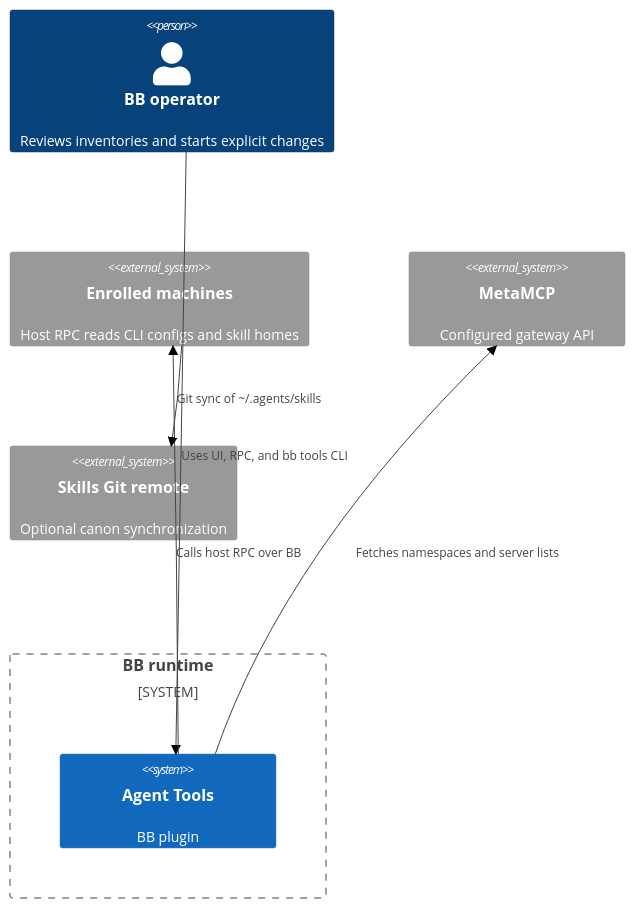
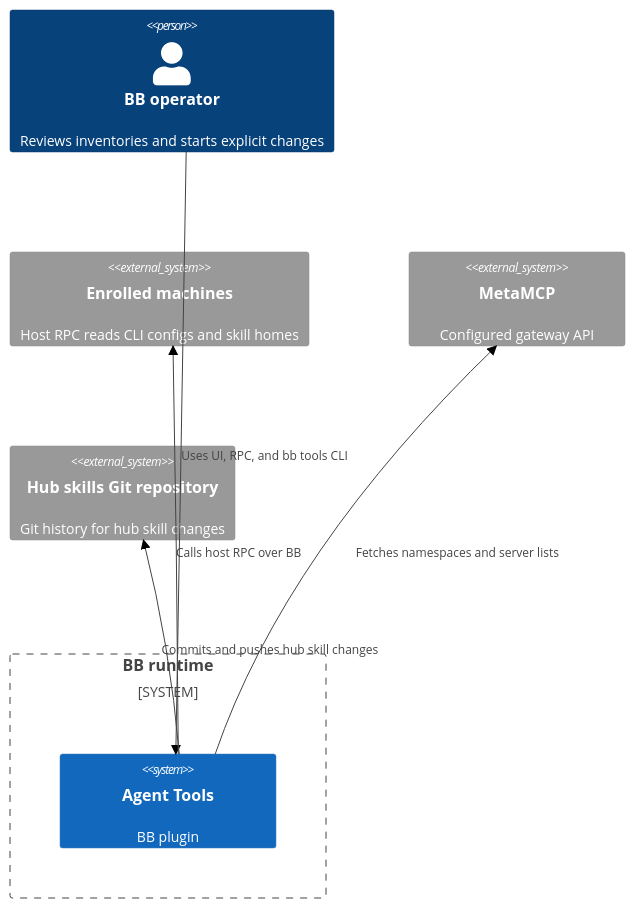
Before and after one commit to VKirill/bb-plugin-agent-tools: the first of 5 diagrams in docs/architecture.md, drawn with Mermaid (forest theme). The commit also changed other lines of this file and 19 other files, not shown here.

````diff
--- a/docs/architecture.md
+++ b/docs/architecture.md
@@ -31,14 +35,14 @@
 ```mermaid
 C4Context
   Person(operator, "BB operator", "Reviews inventories and starts explicit changes")
   System_Boundary(bb, "BB runtime") {
     System(plugin, "Agent Tools", "BB plugin")
   }
   System_Ext(hosts, "Enrolled machines", "Host RPC reads CLI configs and skill homes")
   System_Ext(metamcp, "MetaMCP", "Configured gateway API")
-  System_Ext(git, "Skills Git remote", "Optional canon synchronization")
+  System_Ext(git, "Hub skills Git repository", "Git history for hub skill changes")
   Rel(operator, plugin, "Uses UI, RPC, and bb tools CLI")
   Rel(plugin, hosts, "Calls host RPC over BB")
   Rel(plugin, metamcp, "Fetches namespaces and server lists")
-  Rel(hosts, git, "Git sync of ~/.agents/skills")
+  Rel(plugin, git, "Commits and pushes hub skill changes")
 ```
````
